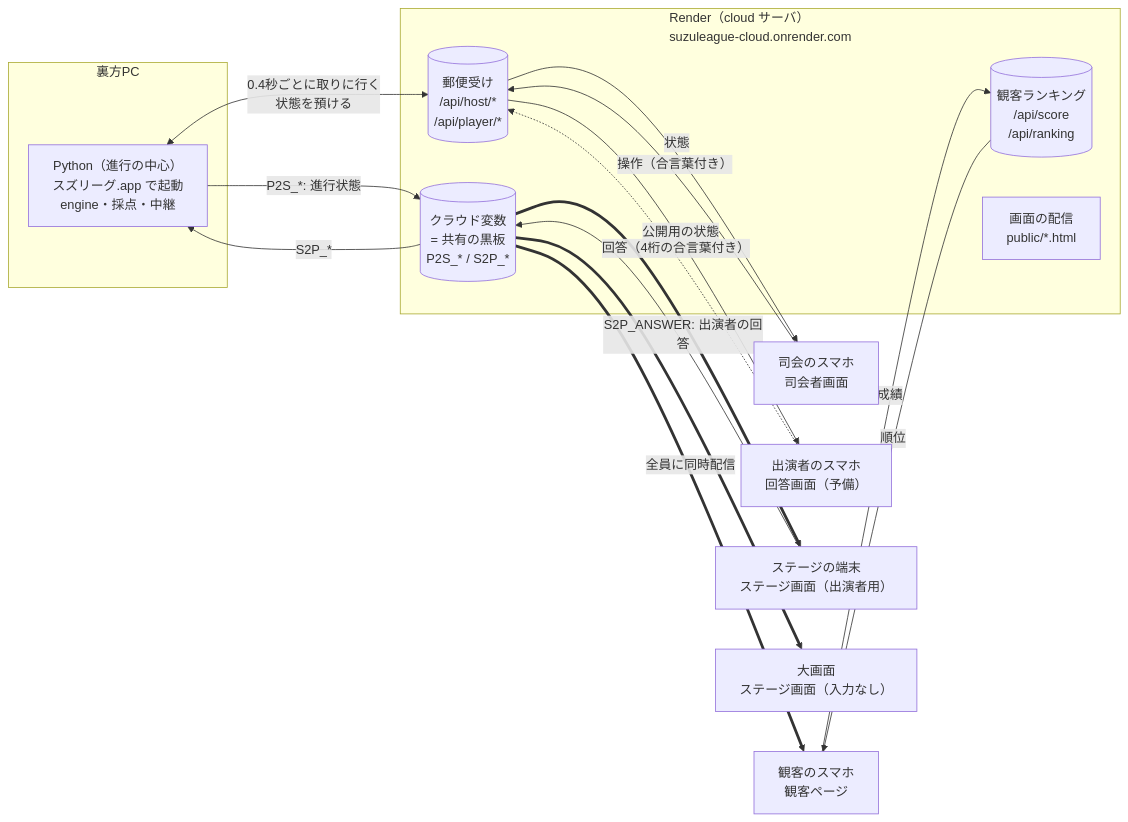
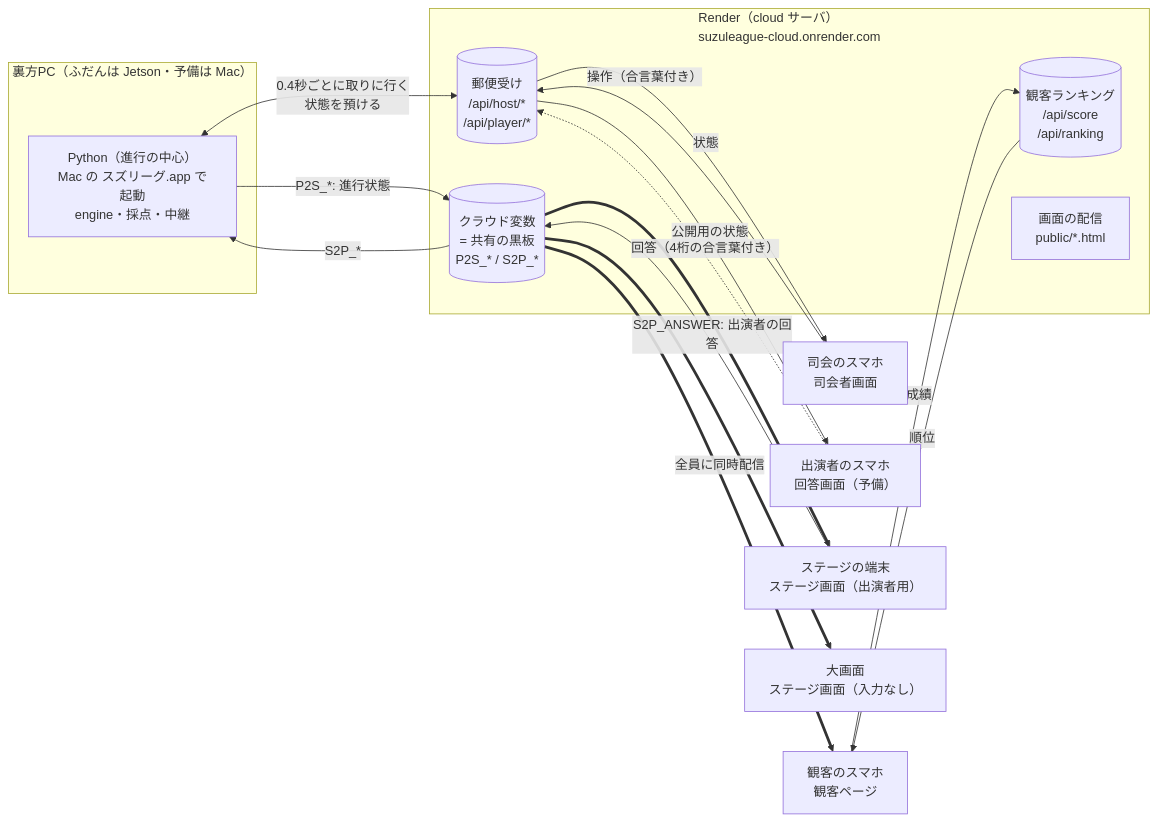
One commit to suzuka-kosen-festa/2026-suzuleague changed the first of 4 diagrams in docs/architecture.md. Above: the diagram before and after it, drawn with Mermaid. The commit also changed other lines of this file and 5 other files, not shown here.

````diff
--- a/docs/architecture.md
+++ b/docs/architecture.md
@@ -37,31 +37,31 @@
 ```mermaid
 flowchart LR
-    subgraph backstage["裏方PC"]
-        py["Python（進行の中心）<br>スズリーグ.app で起動<br>engine・採点・中継"]
+    subgraph backstage["裏方PC（ふだんは Jetson・予備は Mac）"]
+        py["Python（進行の中心）<br>Mac の スズリーグ.app で起動<br>engine・採点・中継"]
     end
     subgraph render["Render（cloud サーバ）<br>suzuleague-cloud.onrender.com"]
         board[("クラウド変数<br>= 共有の黒板<br>P2S_* / S2P_*")]
         mail[("郵便受け<br>/api/host/*<br>/api/player/*")]
         rank[("観客ランキング<br>/api/score<br>/api/ranking")]
         pages["画面の配信<br>public/*.html"]
     end
     host["司会のスマホ<br>司会者画面"]
     player["出演者のスマホ<br>回答画面（予備）"]
     aud["観客のスマホ<br>観客ページ"]
     scratch["ステージの端末<br>ステージ画面（出演者用）"]
     big["大画面<br>ステージ画面（入力なし）"]
 
     py -->|"P2S_*: 進行状態"| board
     board ==>|"全員に同時配信"| aud
     board ==> scratch
     board ==> big
     scratch -->|"S2P_ANSWER: 出演者の回答"| board
     board -->|"S2P_*"| py
     host -->|"操作（合言葉付き）"| mail
     player -.->|"回答（4桁の合言葉付き）"| mail
     py <-->|"0.4秒ごとに取りに行く<br>状態を預ける"| mail
     mail -->|"状態"| host
     mail -->|"公開用の状態"| player
     aud -->|"成績"| rank
     rank -->|"順位"| aud
 ```
````
